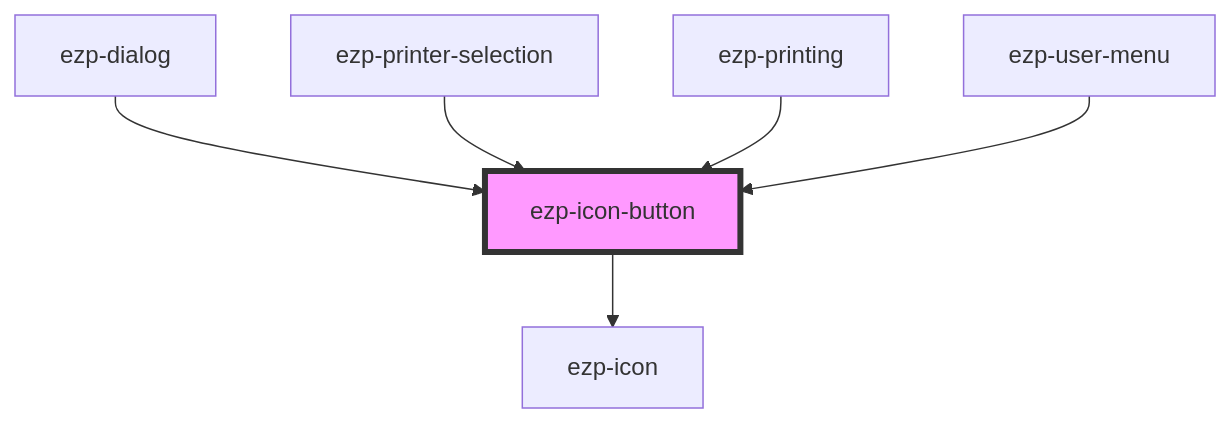
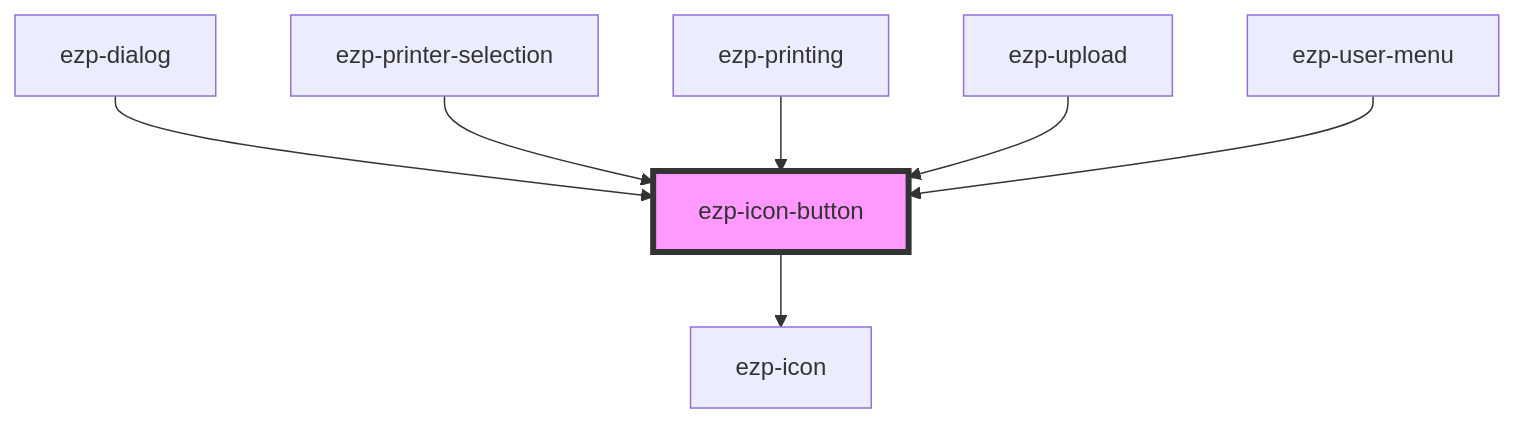
Before and after one commit to ezeep/ezeep-js: the diagram in src/components/ezp-icon-button/readme.md, drawn with Mermaid. The commit also changed other lines of this file and 33 other files, not shown here.

First line of the commit message:
feat(ui): redesign print flow (Print Now upload + Drucken options)

````diff
--- a/src/components/ezp-icon-button/readme.md
+++ b/src/components/ezp-icon-button/readme.md
@@ -31,9 +33,10 @@
 ```mermaid
 graph TD;
   ezp-icon-button --> ezp-icon
   ezp-dialog --> ezp-icon-button
   ezp-printer-selection --> ezp-icon-button
   ezp-printing --> ezp-icon-button
+  ezp-upload --> ezp-icon-button
   ezp-user-menu --> ezp-icon-button
   style ezp-icon-button fill:#f9f,stroke:#333,stroke-width:4px
 ```
````
